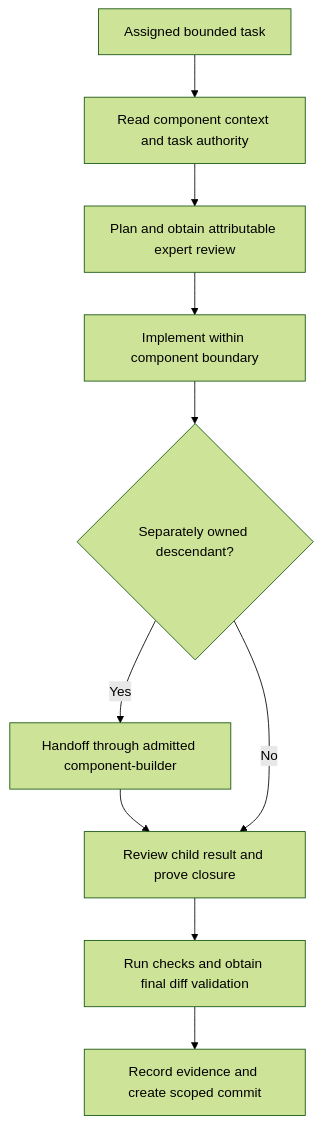
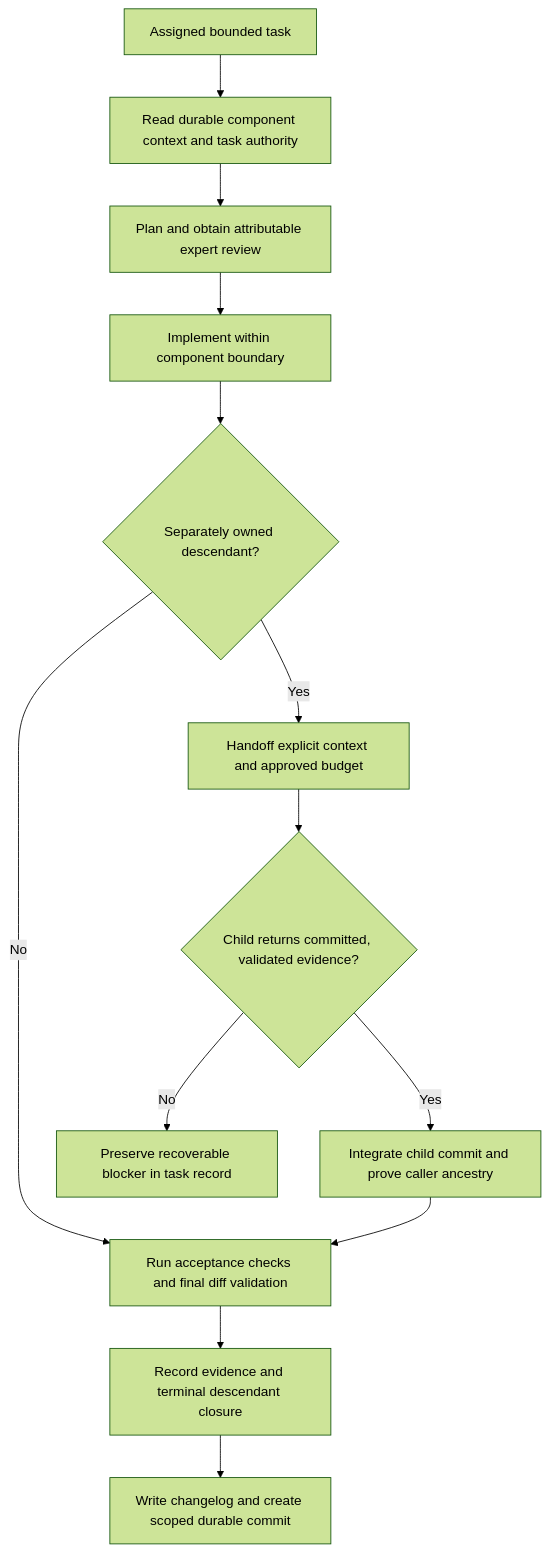
One commit to abstract-business-systems/as-is changed the diagram in agents/component-builder/as-is.md. Above: the diagram before and after it, drawn with Mermaid (forest theme). The commit also changed other lines of this file and 1 other file, not shown here.

Commit message:
docs(component-builder): clarify child closure and integration flow

````diff
--- a/agents/component-builder/as-is.md
+++ b/agents/component-builder/as-is.md
@@ -21,12 +23,15 @@
 ```mermaid
 flowchart TD
-    A["Assigned bounded task"] --> B["Read component context and task authority"]
+    A["Assigned bounded task"] --> B["Read durable component context and task authority"]
     B --> C["Plan and obtain attributable expert review"]
     C --> D["Implement within component boundary"]
     D --> E{"Separately owned descendant?"}
-    E -- "Yes" --> F["Handoff through admitted component-builder"]
-    F --> G["Review child result and prove closure"]
-    E -- "No" --> G
-    G --> H["Run checks and obtain final diff validation"]
-    H --> I["Record evidence and create scoped commit"]
+    E -- "No" --> H["Run acceptance checks and final diff validation"]
+    E -- "Yes" --> F["Handoff explicit context and approved budget"]
+    F --> G{"Child returns committed, validated evidence?"}
+    G -- "No" --> R["Preserve recoverable blocker in task record"]
+    G -- "Yes" --> I["Integrate child commit and prove caller ancestry"]
+    I --> H
+    H --> J["Record evidence and terminal descendant closure"]
+    J --> K["Write changelog and create scoped durable commit"]
 ```
````
